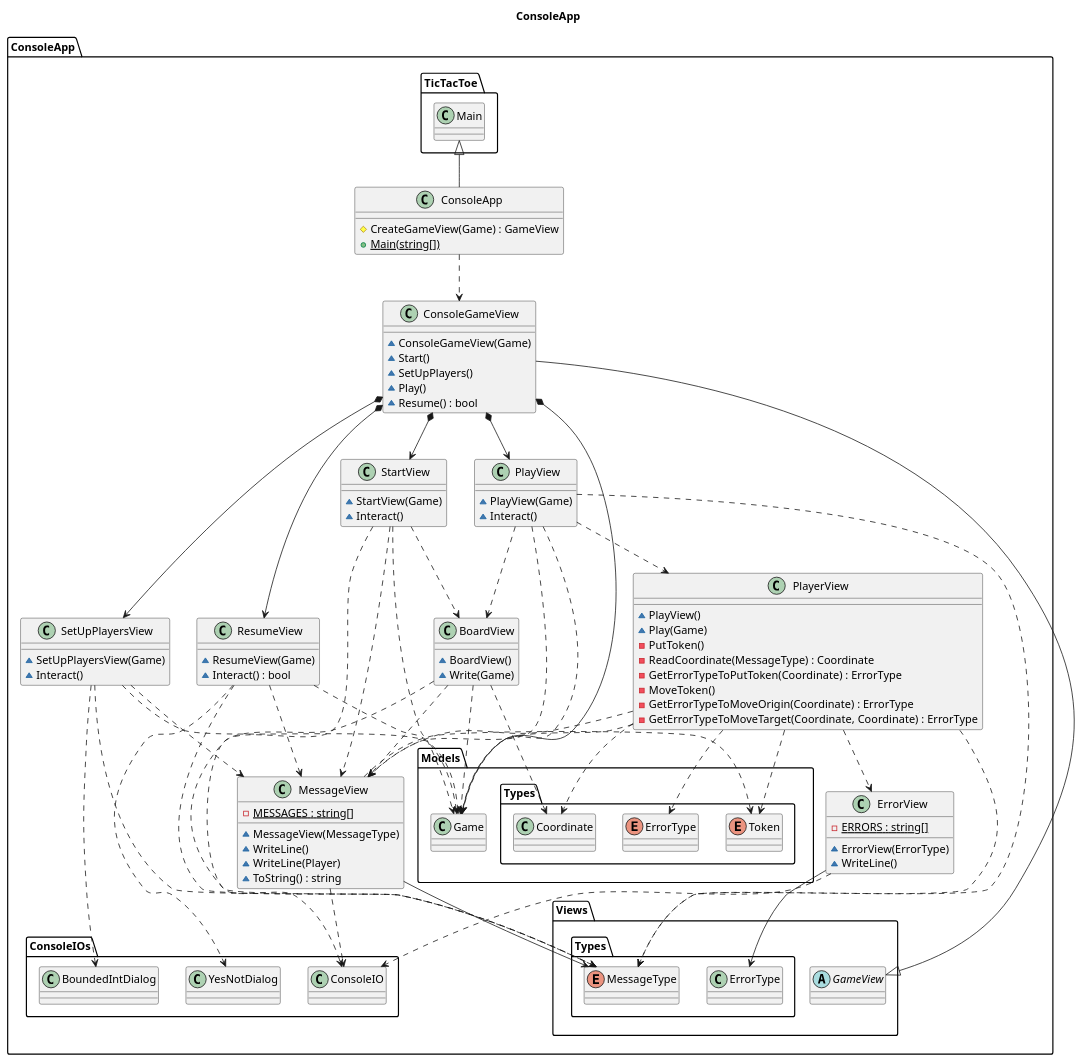
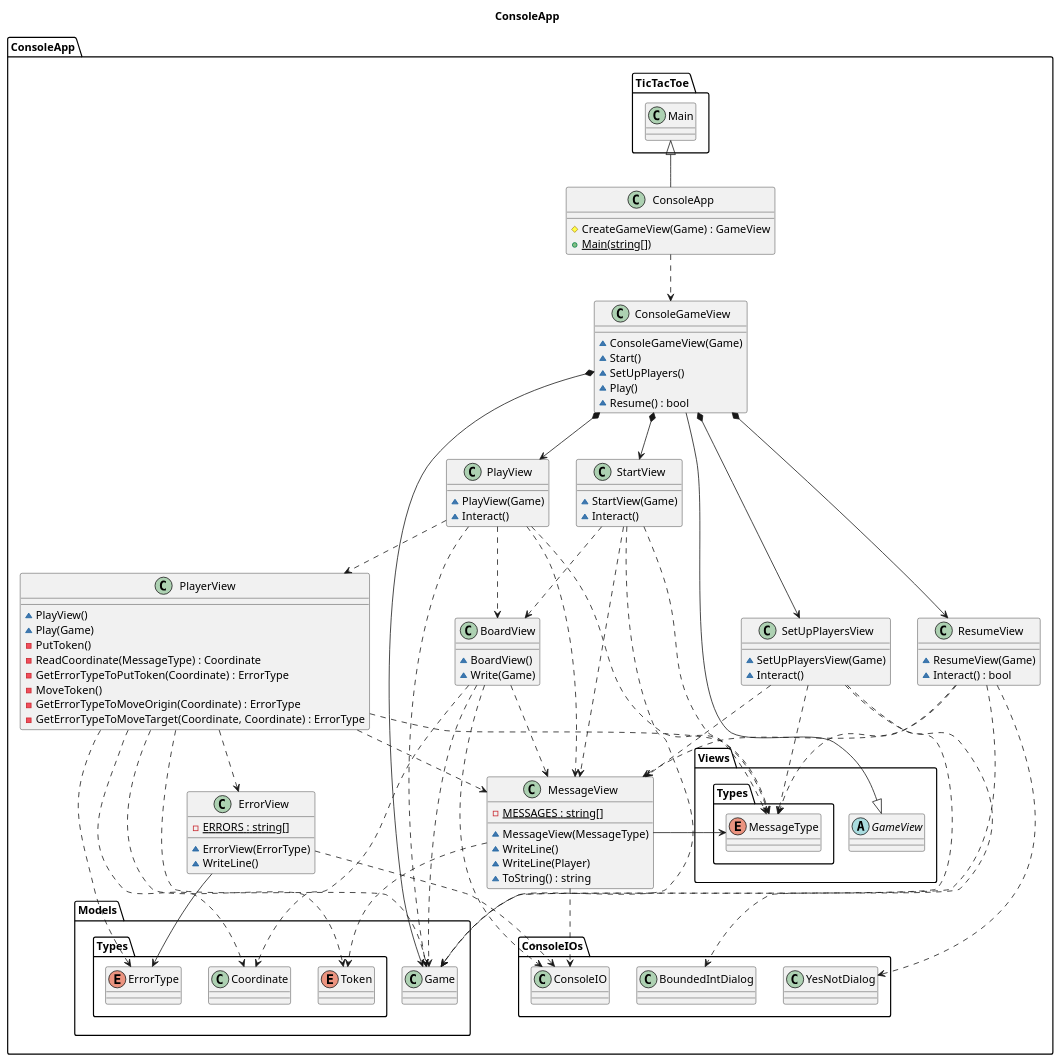
Before and after one commit to franpaulinoinfante/MasterSoftwareDevelopment: the diagram in src/TicTacToe/DocumentView/Basic/Docs/TicTacToeConsoleApp.plantuml, drawn with PlantUML. The commit also changed 48 other files, not shown here.

```diff
--- a/src/TicTacToe/DocumentView/Basic/Docs/TicTacToeConsoleApp.plantuml
+++ b/src/TicTacToe/DocumentView/Basic/Docs/TicTacToeConsoleApp.plantuml
@@ -1,116 +1,116 @@
 @startuml TicTacToeConsoleApp
 title ConsoleApp
 namespace ConsoleApp{
     class ConsoleApp{
         #CreateGameView(Game) : GameView
         +{static} Main(string[])
     }
     ConsoleApp -up-|> TicTacToe.Main
     ConsoleApp .down.> ConsoleGameView
     
     abstract Views.GameView{}
 
 
     class ConsoleGameView{
         ~ConsoleGameView(Game)
         ~Start()
         ~SetUpPlayers()
         ~Play()
         ~Resume() : bool
     }
     ConsoleGameView -up-|> Views.GameView
     ConsoleGameView *--> Models.Game
     ConsoleGameView *--> StartView
     ConsoleGameView *--> SetUpPlayersView
     ConsoleGameView *--> PlayView
     ConsoleGameView *--> ResumeView
 
     class StartView{
         ~StartView(Game)
         ~Interact()
     }
     StartView ..> MessageView
     StartView ..> Views.Types.MessageType
     StartView ..> BoardView
     StartView ..> Models.Game
 
     class SetUpPlayersView{
         ~SetUpPlayersView(Game)
         ~Interact()
     }
     SetUpPlayersView ..> Models.Game
     SetUpPlayersView ..> MessageView
     SetUpPlayersView ..> Views.Types.MessageType
     SetUpPlayersView ..> ConsoleApp.ConsoleIOs.BoundedIntDialog
 
     class PlayView{
         ~PlayView(Game)
         ~Interact()
     }
     PlayView ..> Models.Game
     PlayView ..> PlayerView
     PlayView ..> BoardView
     PlayView ..> MessageView
     PlayView ..> Views.Types.MessageType
 
     class ResumeView{
         ~ResumeView(Game)
         ~Interact() : bool
     }
     ResumeView ..> Models.Game
     ResumeView ..> MessageView
     ResumeView ..> Views.Types.MessageType
     ResumeView ..> ConsoleApp.ConsoleIOs.YesNotDialog
 
     class BoardView{
         ~BoardView()
         ~Write(Game)
     }
     BoardView ..> Models.Game
     BoardView ..> Models.Types.Coordinate
     BoardView ..> MessageView
     BoardView ..> ConsoleApp.ConsoleIOs.ConsoleIO   
 
     class PlayerView{
         ~PlayView()
         ~Play(Game)
         -PutToken()
         -ReadCoordinate(MessageType) : Coordinate
         -GetErrorTypeToPutToken(Coordinate) : ErrorType
         -MoveToken()
         -GetErrorTypeToMoveOrigin(Coordinate) : ErrorType
         -GetErrorTypeToMoveTarget(Coordinate, Coordinate) : ErrorType
     }
     PlayerView ..> Models.Game
     PlayerView ..> Models.Types.Coordinate
     PlayerView ..> Models.Types.Token
     PlayerView ..> MessageView
     PlayerView ..> Views.Types.MessageType
     PlayerView ..> ErrorView
     PlayerView ..> Models.Types.ErrorType
 
     class MessageView{
         -{static} MESSAGES : string[]
         ~MessageView(MessageType)
         ~WriteLine()
         ~WriteLine(Player)
         ~ToString() : string
     }
     MessageView --> Views.Types.MessageType
     MessageView ..> Models.Types.Token
     MessageView ..> ConsoleApp.ConsoleIOs.ConsoleIO
 
     class ErrorView{
         -{static} ERRORS : string[]
         ~ErrorView(ErrorType)
         ~WriteLine()
     }
-    ErrorView --> Views.Types.ErrorType
+    ErrorView --> Models.Types.ErrorType
     ErrorView ..> ConsoleApp.ConsoleIOs.ConsoleIO
 
     enum Views.Types.MessageType{}
     enum Models.Types.Token{}
     enum Models.Types.ErrorType{}
 }
 
 @enduml
```
